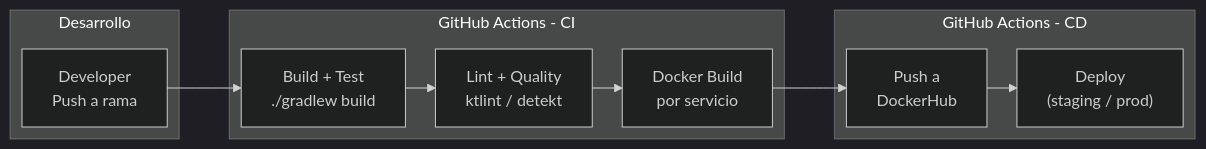
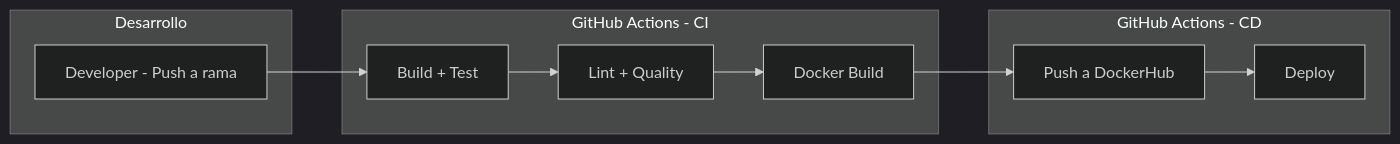
One commit to HecAguilaV/SIGA changed the sixth of 7 diagrams in openspec/changes/migracion-microservicios/architecture-diagrams.md. Above: the diagram before and after it, drawn with Mermaid (dark theme). The commit also changed other lines of this file, not shown here.

Commit message:
docs: estandarizar TODOS los diagramas con graph (sin flowchart/ELK/emojis)

````diff
--- a/openspec/changes/migracion-microservicios/architecture-diagrams.md
+++ b/openspec/changes/migracion-microservicios/architecture-diagrams.md
@@ -191,24 +205,23 @@
 ```mermaid
-%%{init: {"flowchart": {"defaultRenderer": "elk"}}}%%
-flowchart LR
-    subgraph Desarrollo["Desarrollo"]
-        DEV["Developer<br/>Push a rama"]
+graph LR
+    subgraph Desarrollo
+        DEV["Developer - Push a rama"]
     end
 
     subgraph CI["GitHub Actions - CI"]
-        BU["Build + Test<br/>./gradlew build"]
-        LI["Lint + Quality<br/>ktlint / detekt"]
-        DO["Docker Build<br/>por servicio"]
+        BU["Build + Test"]
+        LI["Lint + Quality"]
+        DO["Docker Build"]
     end
 
     subgraph CD["GitHub Actions - CD"]
-        DH["Push a<br/>DockerHub"]
-        DP["Deploy<br/>(staging / prod)"]
+        DH["Push a DockerHub"]
+        DP["Deploy"]
     end
 
     DEV --> BU
     BU --> LI
     LI --> DO
     DO --> DH
     DH --> DP
 ```
````
